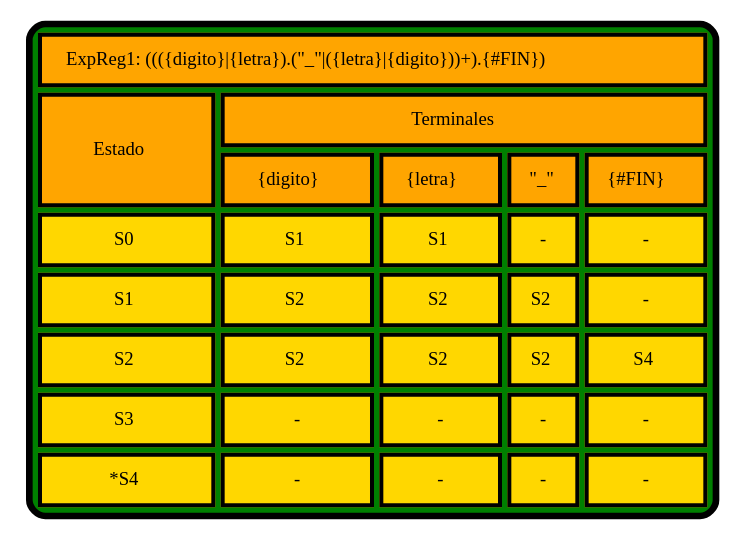
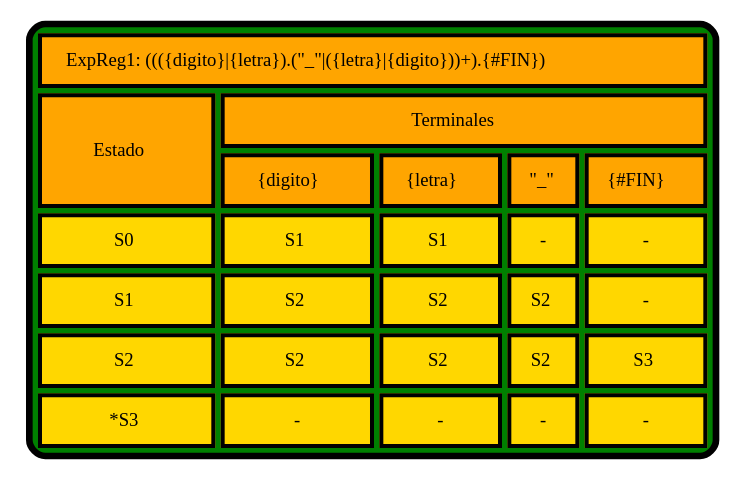
The diagram in TRANSICIONES_202004765/TablaTrans_ExpReg1.dot (PikaGuty/OLC1_Proyecto1_202004765), drawn with Graphviz before and after one commit. The commit also changed 17 other files, not shown here.

```diff
--- a/TRANSICIONES_202004765/TablaTrans_ExpReg1.dot
+++ b/TRANSICIONES_202004765/TablaTrans_ExpReg1.dot
@@ -1,50 +1,44 @@
 digraph G { 
 label=<
 <TABLE border="5" cellspacing="4" cellpadding="10" style="rounded" bgcolor="green" gradientangle="315">
 <TR>
 <TD border="3"  colspan="5" bgcolor="orange">ExpReg1: ((({digito}|{letra}).("_"|({letra}|{digito}))+).{#FIN})</TD>
 </TR>
 <TR>
 <TD border="3"  rowspan="2" bgcolor="orange">Estado</TD>
 <TD border="3"  colspan="4" bgcolor="orange">Terminales</TD>
 </TR>
 <TR>
 <TD border="3" bgcolor="orange">{digito}</TD>
 <TD border="3" bgcolor="orange">{letra}</TD>
 <TD border="3" bgcolor="orange">"_"</TD>
 <TD border="3" bgcolor="orange">{#FIN}</TD>
 </TR>
 <TR>
 <TD border="3"  bgcolor="gold">S0</TD><TD border="3" bgcolor="gold">S1</TD>
 <TD border="3" bgcolor="gold">S1</TD>
 <TD border="3" bgcolor="gold">-</TD>
 <TD border="3" bgcolor="gold">-</TD>
 </TR>
 <TR>
 <TD border="3"  bgcolor="gold">S1</TD><TD border="3" bgcolor="gold">S2</TD>
 <TD border="3" bgcolor="gold">S2</TD>
 <TD border="3" bgcolor="gold">S2</TD>
 <TD border="3" bgcolor="gold">-</TD>
 </TR>
 <TR>
 <TD border="3"  bgcolor="gold">S2</TD><TD border="3" bgcolor="gold">S2</TD>
 <TD border="3" bgcolor="gold">S2</TD>
 <TD border="3" bgcolor="gold">S2</TD>
-<TD border="3" bgcolor="gold">S4</TD>
+<TD border="3" bgcolor="gold">S3</TD>
 </TR>
 <TR>
-<TD border="3"  bgcolor="gold">S3</TD><TD border="3" bgcolor="gold">-</TD>
-<TD border="3" bgcolor="gold">-</TD>
-<TD border="3" bgcolor="gold">-</TD>
-<TD border="3" bgcolor="gold">-</TD>
-</TR>
-<TR>
-<TD border="3"  bgcolor="gold">*S4</TD><TD border="3" bgcolor="gold">-</TD>
+<TD border="3"  bgcolor="gold">*S3</TD><TD border="3" bgcolor="gold">-</TD>
 <TD border="3" bgcolor="gold">-</TD>
 <TD border="3" bgcolor="gold">-</TD>
 <TD border="3" bgcolor="gold">-</TD>
 </TR>
 </TABLE>>
 
 
 }
```
